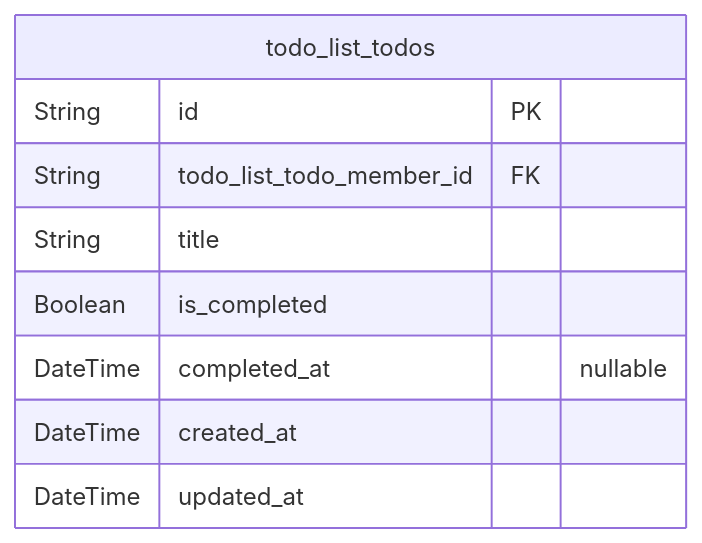
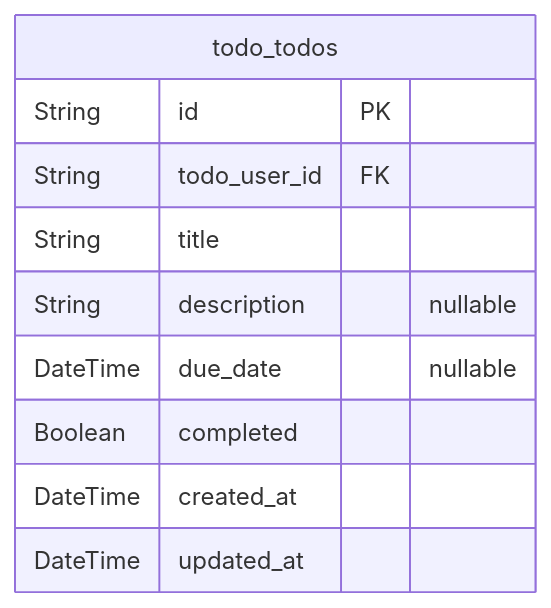
Before and after one commit to wrtnlabs/autobe-examples: the third of 3 diagrams in openai/gpt-5/todo/docs/ERD.md, drawn with Mermaid. The commit also changed other lines of this file and 16146 other files, not shown here.

````diff
--- a/openai/gpt-5/todo/docs/ERD.md
+++ b/openai/gpt-5/todo/docs/ERD.md
@@ -107,12 +154,13 @@
 ```mermaid
 erDiagram
-"todo_list_todos" {
+"todo_todos" {
   String id PK
-  String todo_list_todo_member_id FK
+  String todo_user_id FK
   String title
-  Boolean is_completed
-  DateTime completed_at "nullable"
+  String description "nullable"
+  DateTime due_date "nullable"
+  Boolean completed
   DateTime created_at
   DateTime updated_at
 }
 ```
````
